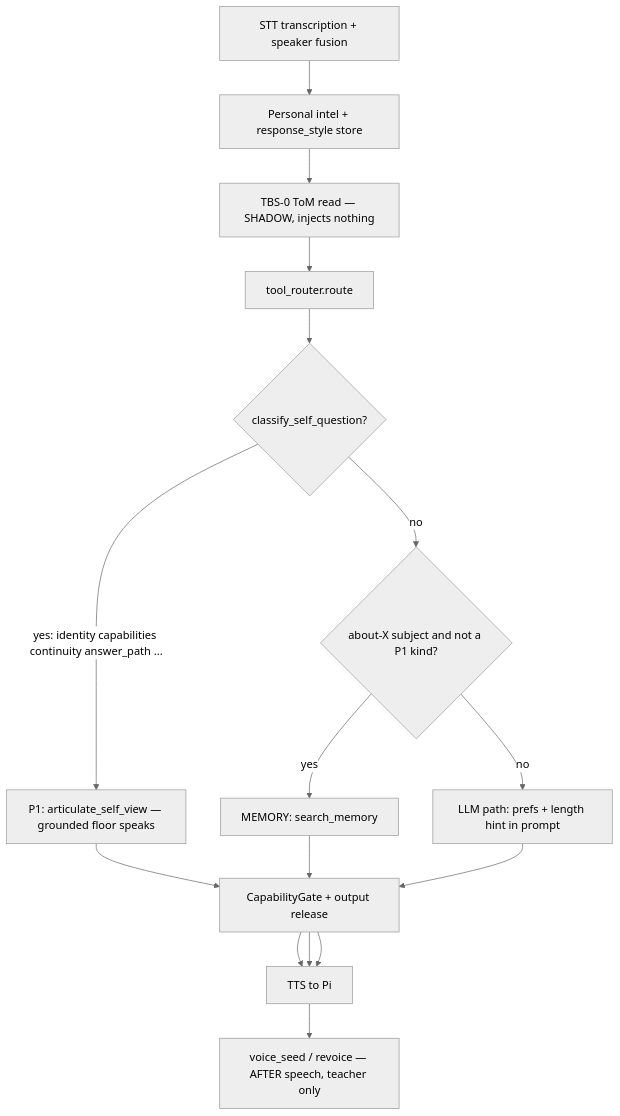
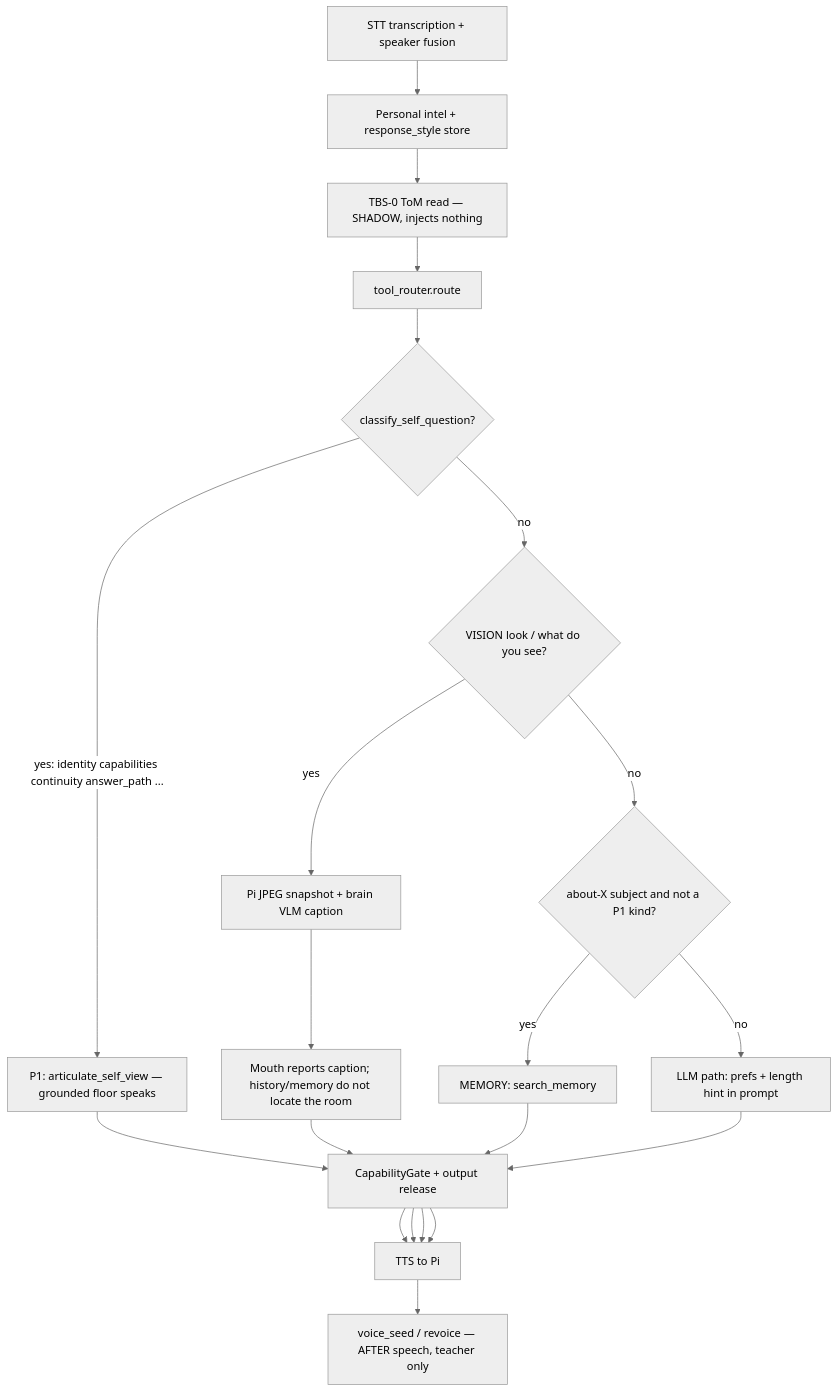
Before and after one commit to Nimdy/jarvis-oracle-edition: the second of 4 diagrams in docs/AGENT_MAP.md, drawn with Mermaid (neutral theme). The commit also changed other lines of this file and 6 other files, not shown here.

First line of the commit message:
docs+lock: VISION lane in the turn map; persist spoken caption not the kitchen draft

````diff
--- a/docs/AGENT_MAP.md
+++ b/docs/AGENT_MAP.md
@@ -53,24 +53,30 @@
 ```mermaid
 flowchart TD
   stt[STT transcription + speaker fusion]
   intel[Personal intel + response_style store]
   tbs["TBS-0 ToM read — SHADOW, injects nothing"]
   router[tool_router.route]
   p1{classify_self_question?}
+  vis{VISION look / what do you see?}
   about{about-X subject and not a P1 kind?}
   osv[P1: articulate_self_view — grounded floor speaks]
+  eyes["Pi JPEG snapshot + brain VLM caption"]
+  visSpeak[Mouth reports caption; history/memory do not locate the room]
   mem[MEMORY: search_memory]
   llm[LLM path: prefs + length hint in prompt]
   gate[CapabilityGate + output release]
   speak[TTS to Pi]
   seed["voice_seed / revoice — AFTER speech, teacher only"]
 
   stt --> intel --> tbs --> router --> p1
   p1 -->|yes: identity capabilities continuity answer_path ...| osv
-  p1 -->|no| about
+  p1 -->|no| vis
+  vis -->|yes| eyes --> visSpeak
+  vis -->|no| about
   about -->|yes| mem
   about -->|no| llm
   osv --> gate --> speak --> seed
+  visSpeak --> gate --> speak
   mem --> gate --> speak
   llm --> gate --> speak
 ```
````
